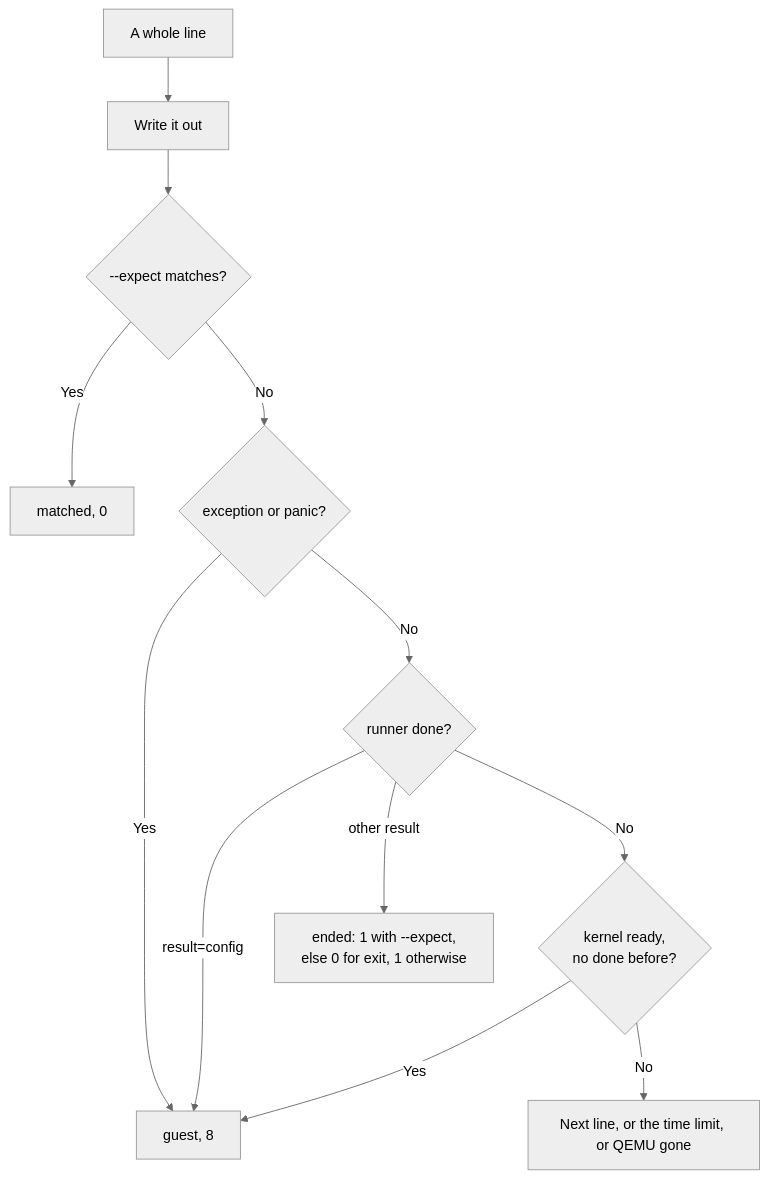
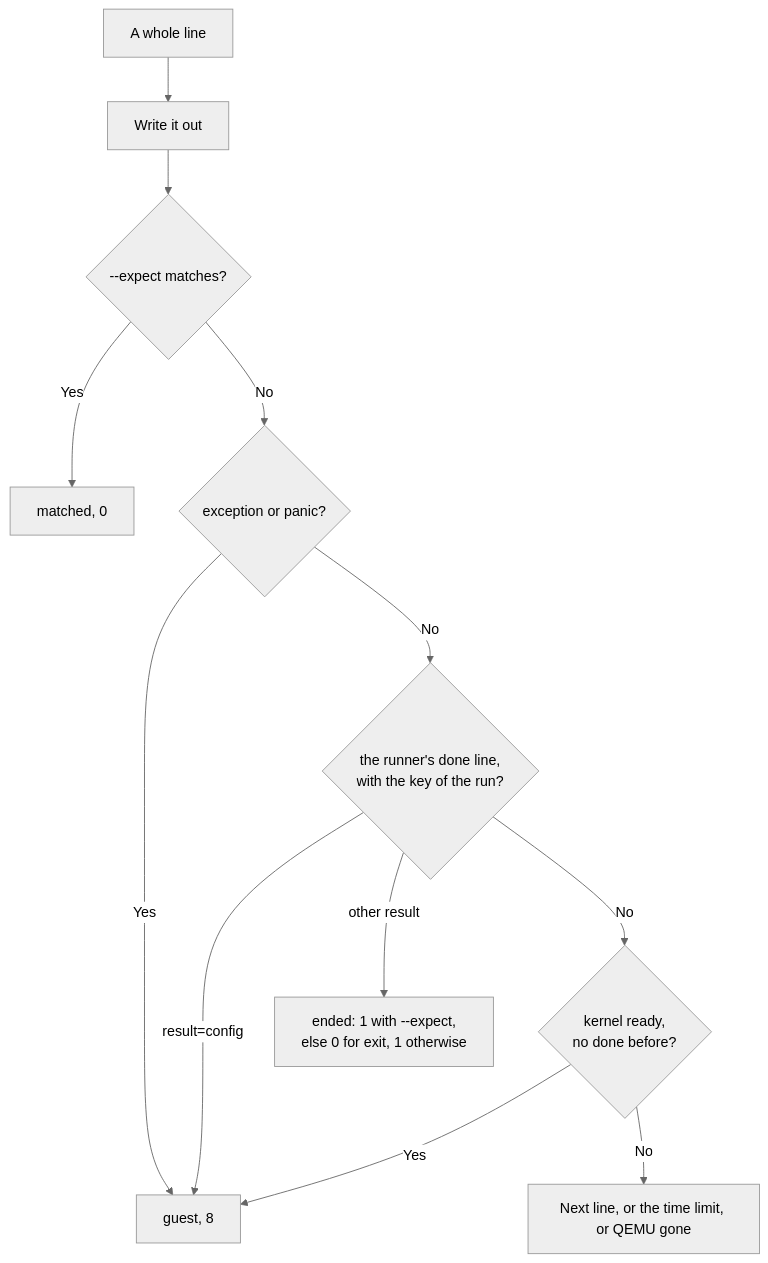
The diagram in docs/spec/STUDIO_CLI.md (RobCo-Industries/RobCo-Core), drawn with Mermaid (neutral theme) before and after one commit. The commit also changed other lines of this file and 3 other files, not shown here.

First line of the commit message:
Mark the runner's lines with a key that no tape can know

````diff
--- a/docs/spec/STUDIO_CLI.md
+++ b/docs/spec/STUDIO_CLI.md
@@ -452,14 +463,14 @@
 ```mermaid
 flowchart TB
     L["A whole line"] --> P["Write it out"]
     P --> M{"--expect matches?"}
     M -- Yes --> OK["matched, 0"]
     M -- No --> F{"exception or panic?"}
     F -- Yes --> G["guest, 8"]
-    F -- No --> D{"runner done?"}
+    F -- No --> D{"the runner's done line,<br/>with the key of the run?"}
     D -- "result=config" --> G
     D -- "other result" --> E["ended: 1 with --expect,<br/>else 0 for exit, 1 otherwise"]
     D -- No --> R{"kernel ready,<br/>no done before?"}
     R -- Yes --> G
     R -- No --> N["Next line, or the time limit, or QEMU gone"]
 ```
````
